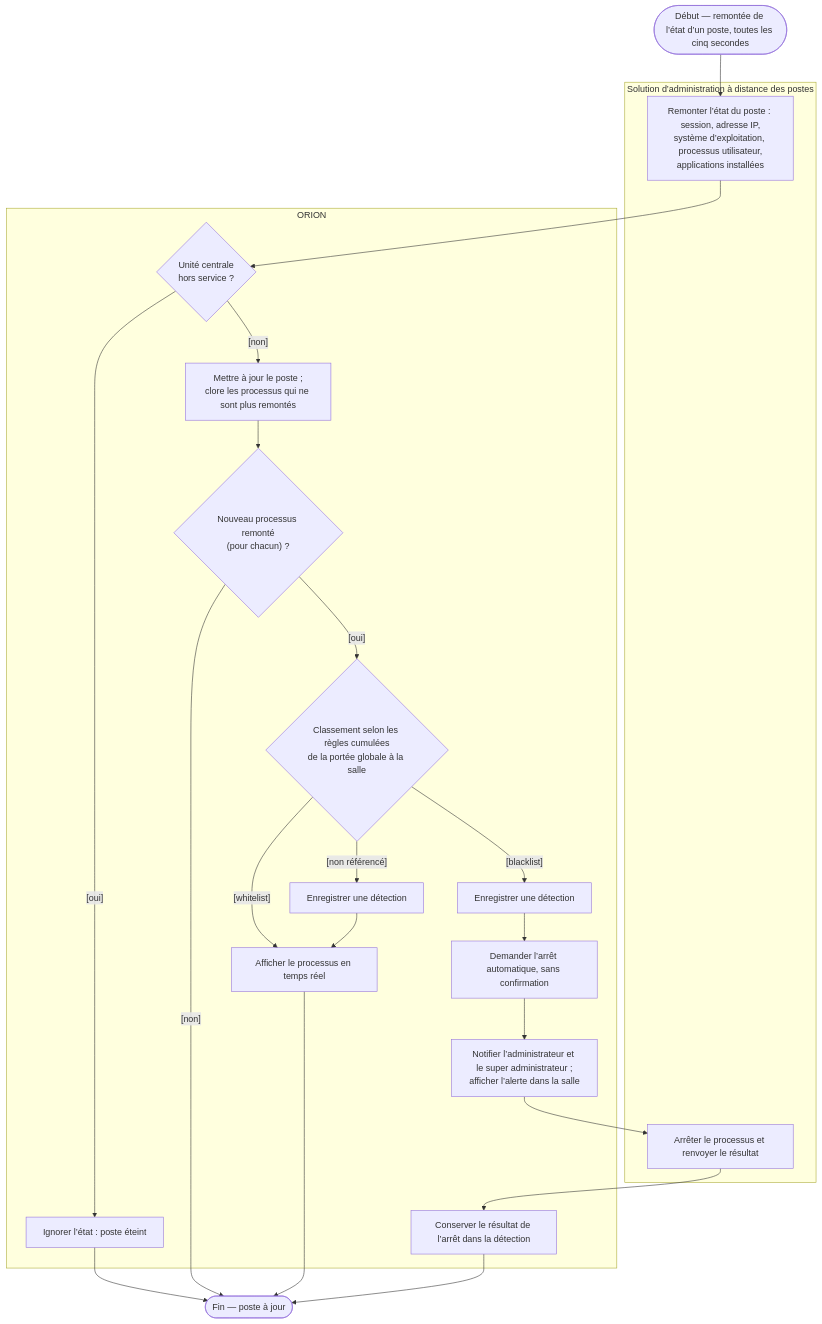
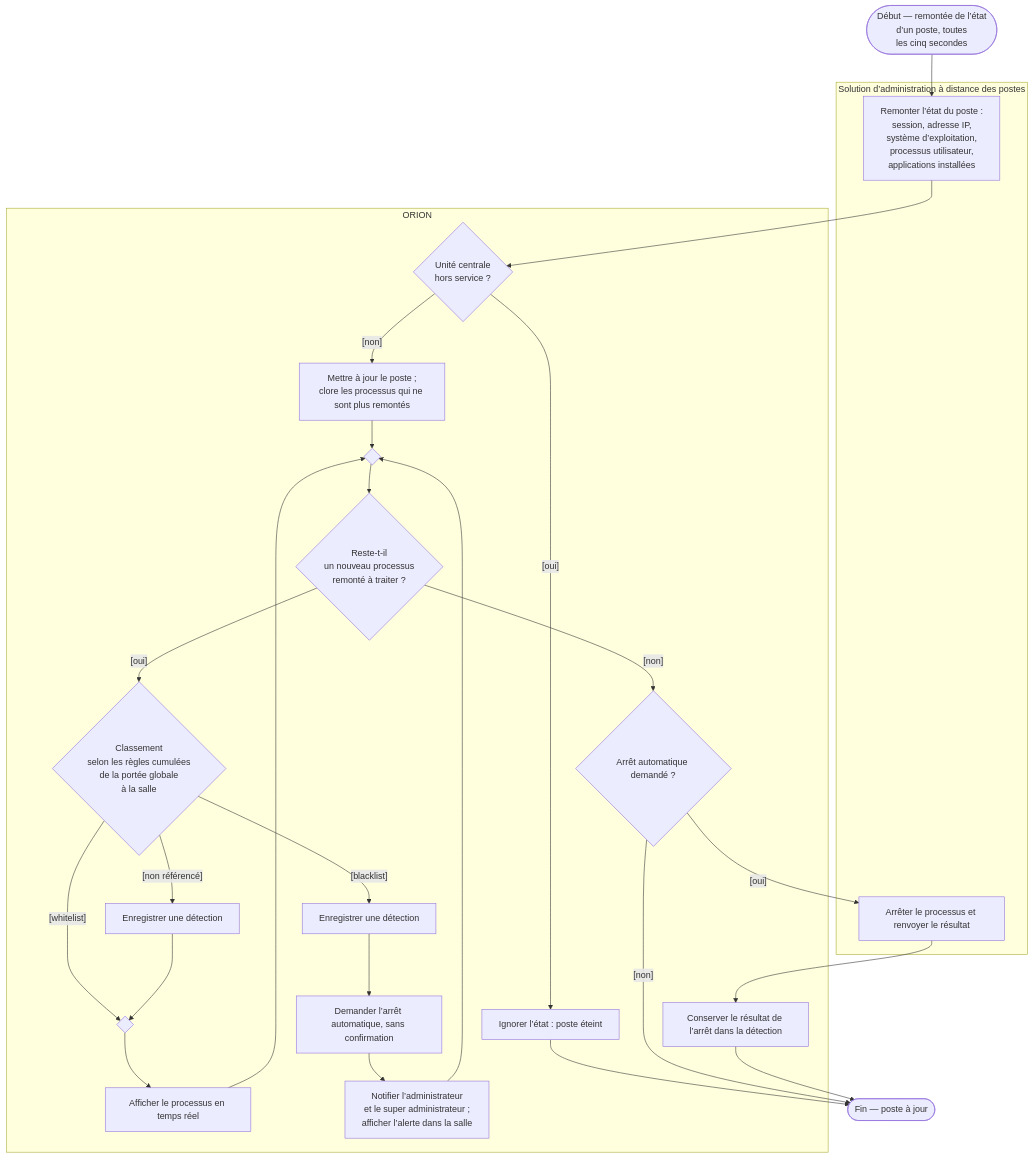
Before and after one commit to bpierrelouis/aster: diagram 12 of 19 in docs/02-ANALYSE/02-CAPTURE-DES-BESOINS/08-DIAGRAMMES-ACTIVITE-CAS-UTILISATION.md, drawn with Mermaid. The commit also changed other lines of this file and 34 other files, not shown here.

First line of the commit message:
docs(diagrammes): aligner les diagrammes UML sur le code et les remettre en page

````diff
--- a/docs/02-ANALYSE/02-CAPTURE-DES-BESOINS/08-DIAGRAMMES-ACTIVITE-CAS-UTILISATION.md
+++ b/docs/02-ANALYSE/02-CAPTURE-DES-BESOINS/08-DIAGRAMMES-ACTIVITE-CAS-UTILISATION.md
@@ -381,33 +400,39 @@
 ```mermaid
 flowchart TD
-    debut(["Début — remontée de l’état d’un poste, toutes les cinq secondes"])
+    debut(["Début — remontée de l’état<br/>d’un poste, toutes<br/>les cinq secondes"])
     fin(["Fin — poste à jour"])
 
     subgraph POSTES["Solution d’administration à distance des postes"]
-        remonter["Remonter l’état du poste : session, adresse IP,<br/>système d’exploitation, processus utilisateur,<br/>applications installées"]
+        remonter["Remonter l’état du poste :<br/>session, adresse IP,<br/>système d’exploitation,<br/>processus utilisateur,<br/>applications installées"]
         arreter["Arrêter le processus et renvoyer le résultat"]
     end
 
     subgraph SYSTEME["ORION"]
         hs{"Unité centrale<br/>hors service ?"}
         ignorer["Ignorer l’état : poste éteint"]
         mettreAJour["Mettre à jour le poste ;<br/>clore les processus qui ne sont plus remontés"]
-        nouveau{"Nouveau processus remonté<br/>(pour chacun) ?"}
-        classer{"Classement selon les règles cumulées<br/>de la portée globale à la salle"}
+        fusionProcessus{" "}
+        nouveau{"Reste-t-il<br/>un nouveau processus<br/>remonté à traiter ?"}
+        classer{"Classement<br/>selon les règles cumulées<br/>de la portée globale<br/>à la salle"}
+        detection["Enregistrer une détection"]
+        fusionAfficher{" "}
         afficher["Afficher le processus en temps réel"]
-        detection["Enregistrer une détection"]
         detectionInterdite["Enregistrer une détection"]
         demander["Demander l’arrêt automatique, sans confirmation"]
-        notifier["Notifier l’administrateur et le super administrateur ;<br/>afficher l’alerte dans la salle"]
+        notifier["Notifier l’administrateur<br/>et le super administrateur ;<br/>afficher l’alerte dans la salle"]
+        arret{"Arrêt automatique demandé ?"}
         conserver["Conserver le résultat de l’arrêt dans la détection"]
     end
 
     debut --> remonter --> hs
     hs -->|"[oui]"| ignorer --> fin
-    hs -->|"[non]"| mettreAJour --> nouveau
-    nouveau -->|"[non]"| fin
+    hs -->|"[non]"| mettreAJour --> fusionProcessus --> nouveau
     nouveau -->|"[oui]"| classer
-    classer -->|"[whitelist]"| afficher --> fin
-    classer -->|"[non référencé]"| detection --> afficher
-    classer -->|"[blacklist]"| detectionInterdite --> demander --> notifier --> arreter --> conserver --> fin
+    classer -->|"[whitelist]"| fusionAfficher
+    classer -->|"[non référencé]"| detection --> fusionAfficher
+    fusionAfficher --> afficher --> fusionProcessus
+    classer -->|"[blacklist]"| detectionInterdite --> demander --> notifier --> fusionProcessus
+    nouveau -->|"[non]"| arret
+    arret -->|"[non]"| fin
+    arret -->|"[oui]"| arreter --> conserver --> fin
 ```
````
